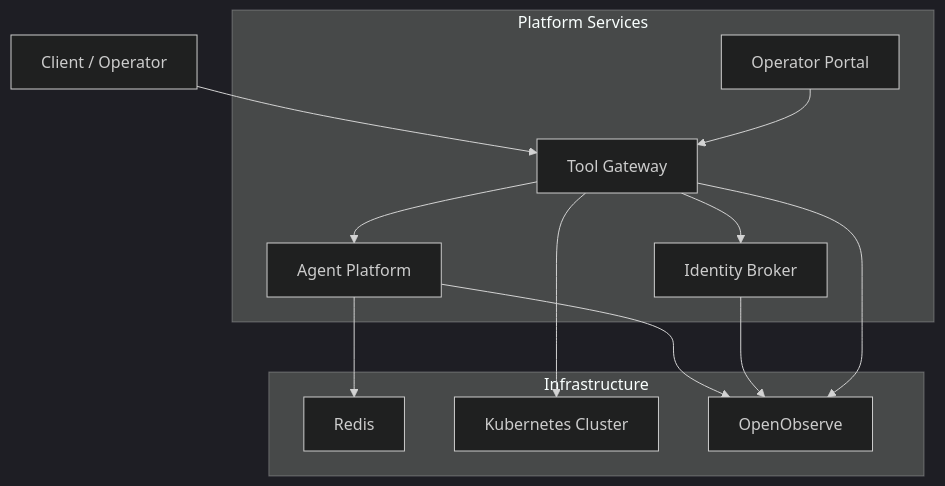
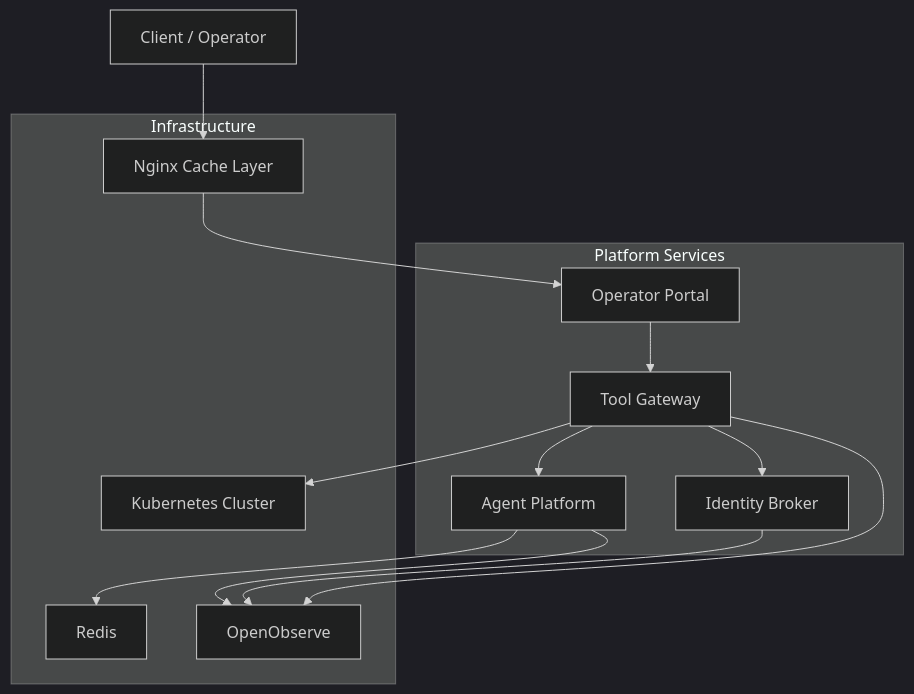
One commit to metasync/luban-aiops changed the first of 3 diagrams in .qoder/repowiki/en/content/Troubleshooting and FAQ.md. Above: the diagram before and after it, drawn with Mermaid (dark theme). The commit also changed other lines of this file and 51 other files, not shown here.

````diff
--- a/.qoder/repowiki/en/content/Troubleshooting and FAQ.md
+++ b/.qoder/repowiki/en/content/Troubleshooting and FAQ.md
@@ -82,23 +88,25 @@
 ```mermaid
 graph TB
 subgraph "Platform Services"
 AG["Agent Platform"]
 IDB["Identity Broker"]
 GW["Tool Gateway"]
 OP["Operator Portal"]
 end
 subgraph "Infrastructure"
 REDIS["Redis"]
 K8S["Kubernetes Cluster"]
 OO["OpenObserve"]
+NGINX["Nginx Cache Layer"]
 end
-CLIENT["Client / Operator"] --> GW
+CLIENT["Client / Operator"] --> NGINX
+NGINX --> OP
+OP --> GW
 GW --> AG
 GW --> IDB
 AG --> REDIS
 GW --> K8S
 AG --> OO
 IDB --> OO
 GW --> OO
-OP --> GW
 ```
````
